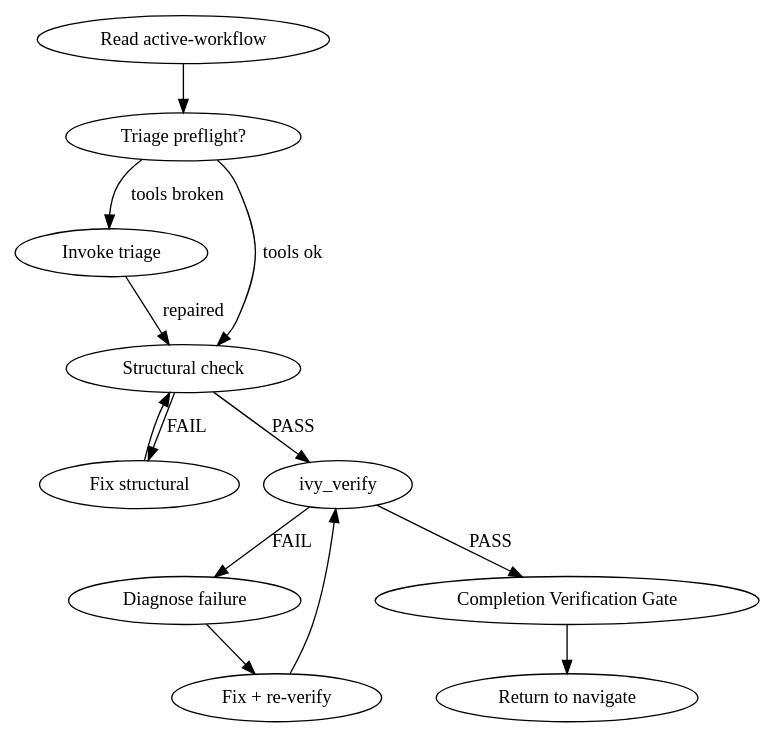
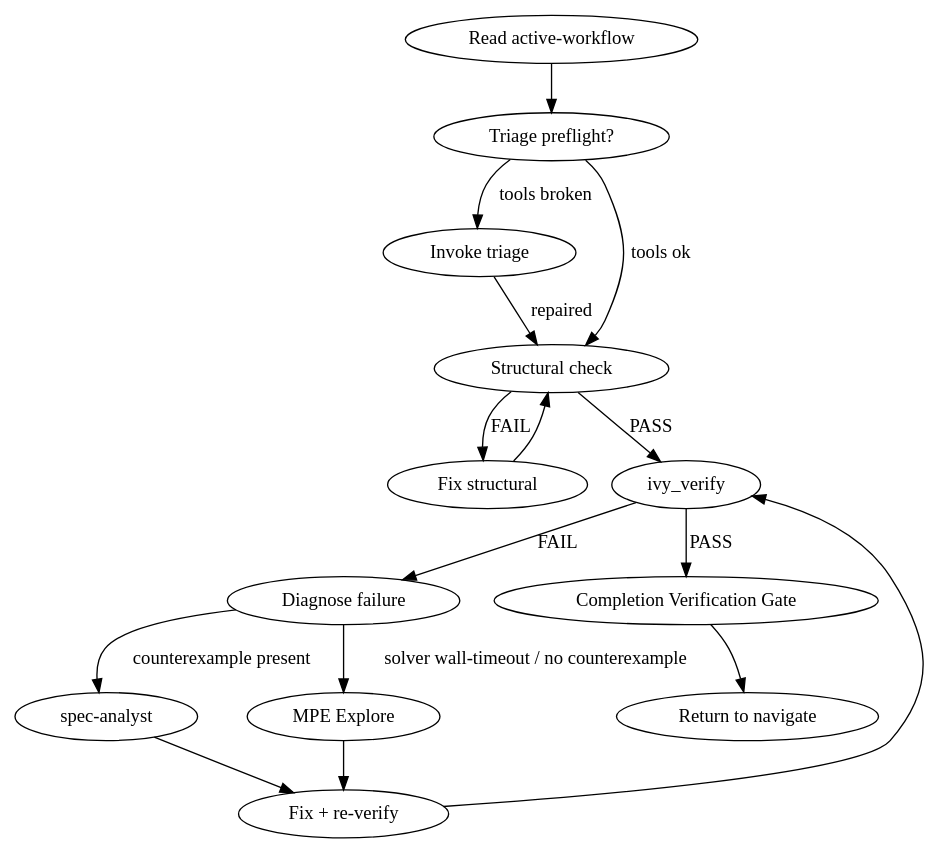
Before and after one commit to ElNiak/panther-ivy-plugin: the diagram in plugins/panther-ivy-plugin/skills/workflow-verify/SKILL.md, drawn with Graphviz. The commit also changed other lines of this file and 9 other files, not shown here.

````diff
--- a/plugins/panther-ivy-plugin/skills/workflow-verify/SKILL.md
+++ b/plugins/panther-ivy-plugin/skills/workflow-verify/SKILL.md
@@ -78,16 +80,19 @@
 ```dot
 digraph verify_flow {
   "Read active-workflow" -> "Triage preflight?";
   "Triage preflight?" -> "Invoke triage" [label="tools broken"];
   "Triage preflight?" -> "Structural check" [label="tools ok"];
   "Invoke triage" -> "Structural check" [label="repaired"];
   "Structural check" -> "Fix structural" [label="FAIL"];
   "Fix structural" -> "Structural check";
   "Structural check" -> "ivy_verify" [label="PASS"];
   "ivy_verify" -> "Diagnose failure" [label="FAIL"];
-  "Diagnose failure" -> "Fix + re-verify";
+  "Diagnose failure" -> "spec-analyst" [label="counterexample present"];
+  "Diagnose failure" -> "MPE Explore" [label="solver wall-timeout / no counterexample"];
+  "spec-analyst" -> "Fix + re-verify";
+  "MPE Explore" -> "Fix + re-verify";
   "Fix + re-verify" -> "ivy_verify";
   "ivy_verify" -> "Completion Verification Gate" [label="PASS"];
   "Completion Verification Gate" -> "Return to navigate";
 }
 ```
````
